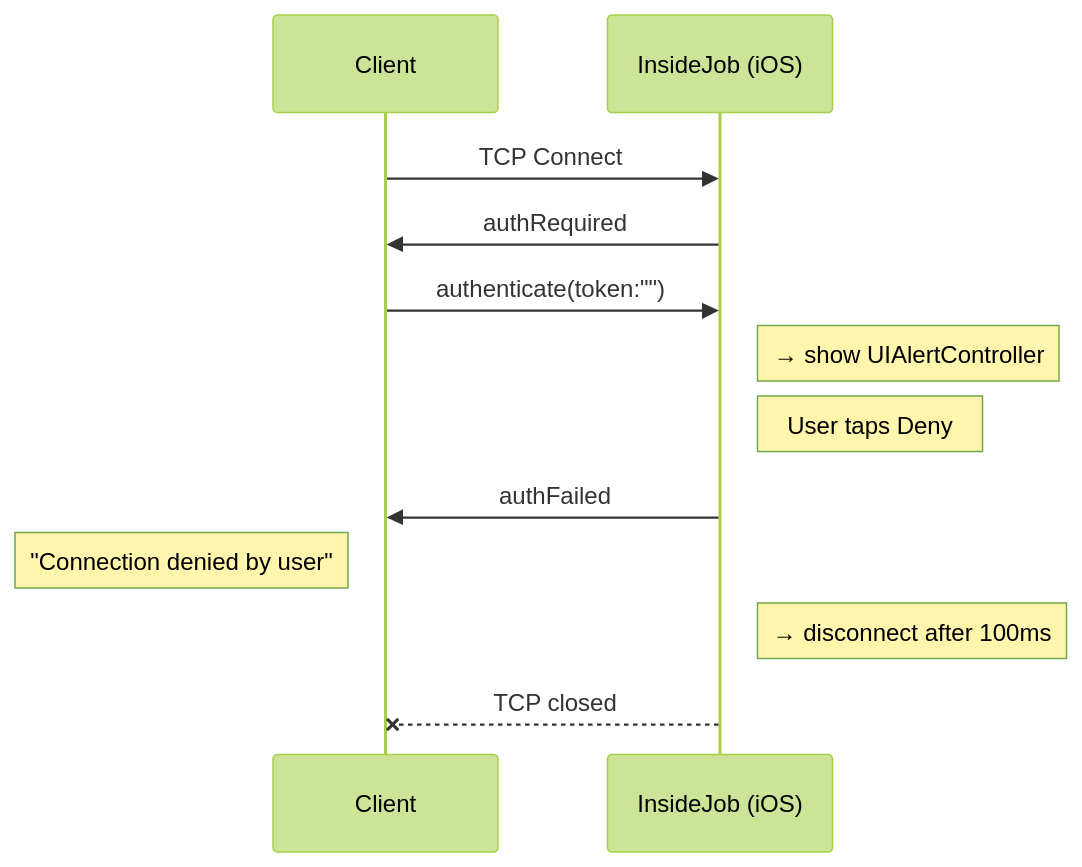
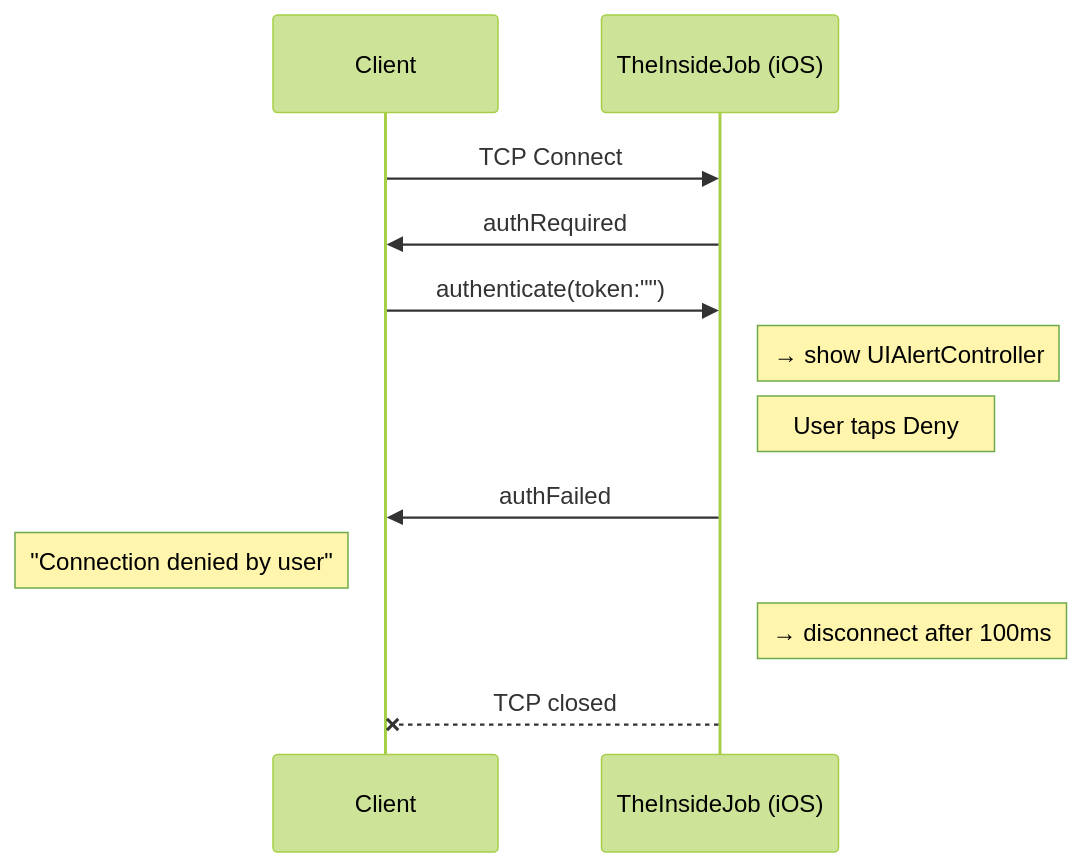
The fourth of 5 diagrams in docs/AUTH.md (RoyalPineapple/TheButtonHeist), drawn with Mermaid (forest theme) before and after one commit. The commit also changed other lines of this file and 66 other files, not shown here.

Commit message:
Rename InsideJob to TheInsideJob (framework and class only)

````diff
--- a/docs/AUTH.md
+++ b/docs/AUTH.md
@@ -116,15 +116,15 @@
 ```mermaid
 sequenceDiagram
     participant Client
-    participant InsideJob as InsideJob (iOS)
+    participant TheInsideJob as TheInsideJob (iOS)
 
-    Client->>InsideJob: TCP Connect
-    InsideJob->>Client: authRequired
-    Client->>InsideJob: authenticate(token:"")
-    Note right of InsideJob: → show UIAlertController
-    Note right of InsideJob: User taps Deny
-    InsideJob->>Client: authFailed
+    Client->>TheInsideJob: TCP Connect
+    TheInsideJob->>Client: authRequired
+    Client->>TheInsideJob: authenticate(token:"")
+    Note right of TheInsideJob: → show UIAlertController
+    Note right of TheInsideJob: User taps Deny
+    TheInsideJob->>Client: authFailed
     Note left of Client: "Connection denied by user"
-    Note right of InsideJob: → disconnect after 100ms
-    InsideJob--xClient: TCP closed
+    Note right of TheInsideJob: → disconnect after 100ms
+    TheInsideJob--xClient: TCP closed
 ```
````
